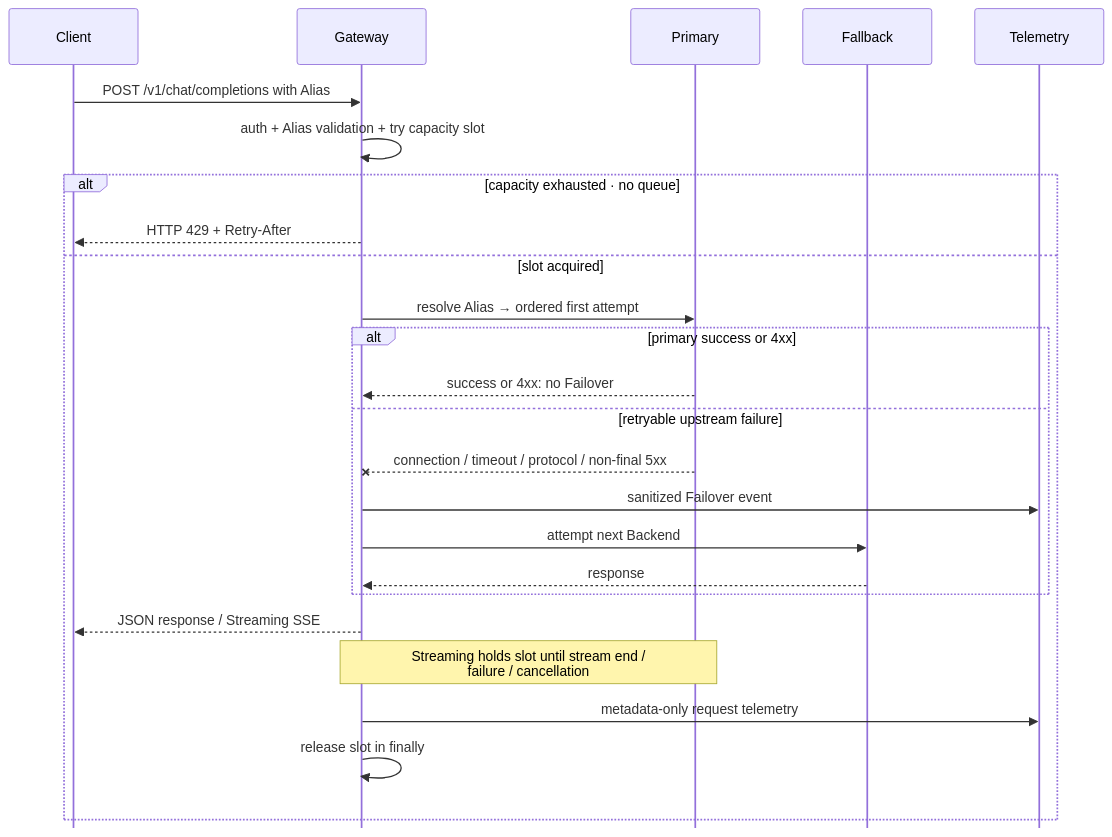
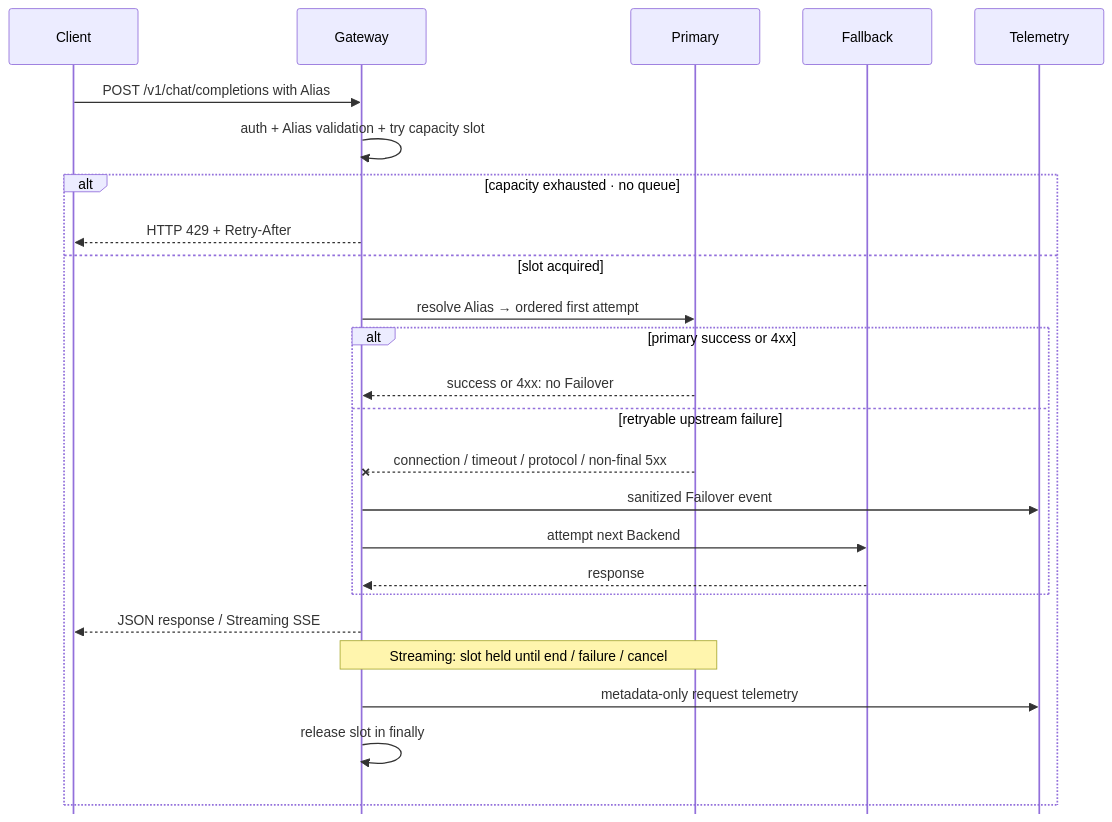
The second of 3 diagrams in README.md (kuotunyu/local-inference-bench-gateway), drawn with Mermaid before and after one commit. The commit also changed other lines of this file and 1 other file, not shown here.

Commit message:
docs: harden GitHub Mermaid labels

````diff
--- a/README.md
+++ b/README.md
@@ -79,29 +79,29 @@
 ```mermaid
 %%{init: {"themeVariables": {"fontSize": "17px"}, "sequence": {"actorFontSize": 17, "messageFontSize": 17, "noteFontSize": 16, "messageMargin": 20, "noteMargin": 8, "mirrorActors": false}}}%%
 sequenceDiagram
     participant Client
     participant Gateway
     participant Primary
     participant Fallback
     participant Telemetry
 
     Client->>Gateway: POST /v1/chat/completions with Alias
     Gateway->>Gateway: auth + Alias validation + try capacity slot
     alt capacity exhausted · no queue
         Gateway-->>Client: HTTP 429 + Retry-After
     else slot acquired
         Gateway->>Primary: resolve Alias → ordered first attempt
         alt primary success or 4xx
             Primary-->>Gateway: success or 4xx: no Failover
         else retryable upstream failure
             Primary--xGateway: connection / timeout / protocol / non-final 5xx
             Gateway->>Telemetry: sanitized Failover event
             Gateway->>Fallback: attempt next Backend
             Fallback-->>Gateway: response
         end
         Gateway-->>Client: JSON response / Streaming SSE
-        Note over Gateway,Primary: Streaming holds slot until stream end /<br/>failure / cancellation
+        Note over Gateway,Primary: Streaming: slot held until end / failure / cancel
         Gateway->>Telemetry: metadata-only request telemetry
         Gateway->>Gateway: release slot in finally
     end
 ```
````
